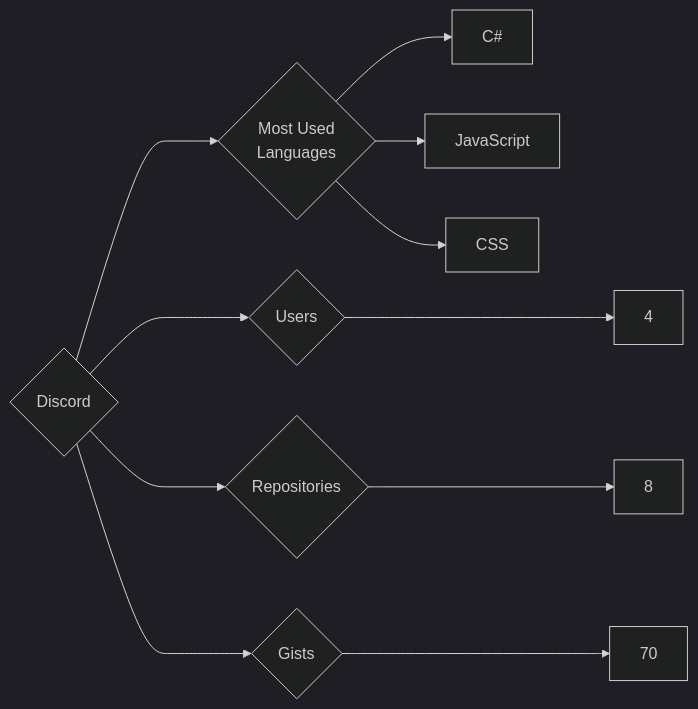
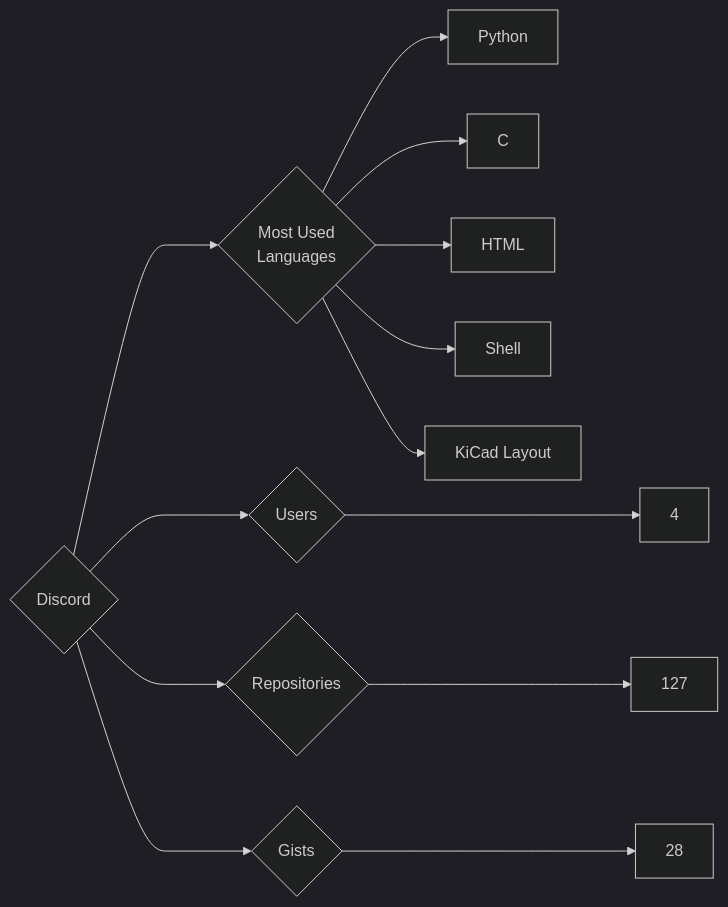
One commit to trickest/insiders changed the diagram in targets/Discord/README.md. Above: the diagram before and after it, drawn with Mermaid (dark theme). The commit also changed 993 other files, not shown here.

````diff
--- a/targets/Discord/README.md
+++ b/targets/Discord/README.md
@@ -3,11 +3,13 @@
 ```mermaid
 graph LR
 COMPANY_NAME{Discord}
 COMPANY_NAME ---> U{Users} ---> UN[4]
-COMPANY_NAME ---> R{Repositories} ---> RN[8]
-COMPANY_NAME ---> G{Gists} ---> GN[70]
+COMPANY_NAME ---> R{Repositories} ---> RN[127]
+COMPANY_NAME ---> G{Gists} ---> GN[28]
 COMPANY_NAME ---> ML{Most Used<br>Languages}
-ML --> C#[C#]
-ML --> JavaScript[JavaScript]
-ML --> CSS[CSS]
+ML --> Python[Python]
+ML --> C[C]
+ML --> HTML[HTML]
+ML --> Shell[Shell]
+ML --> KiCad_Layout[KiCad Layout]
 ```
````
